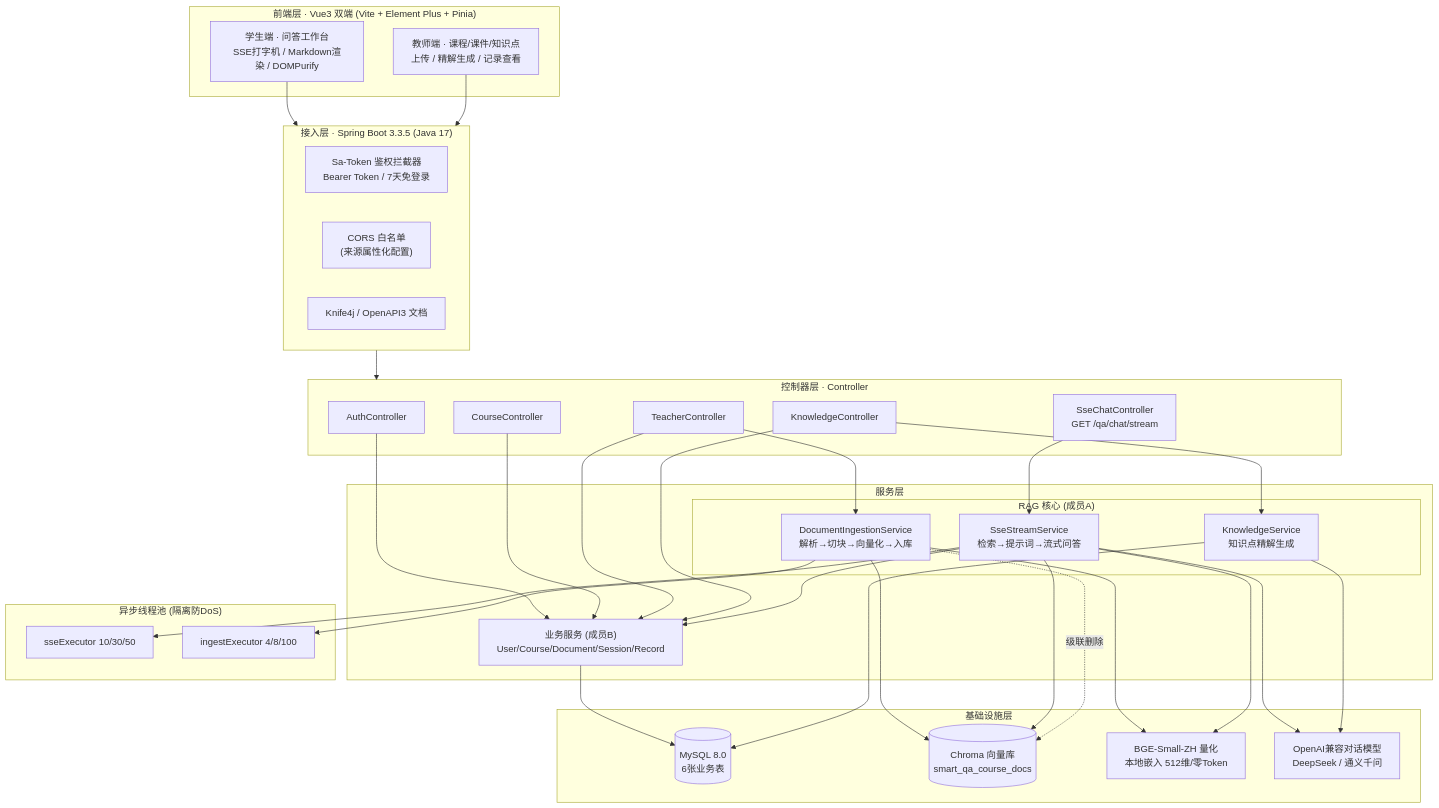
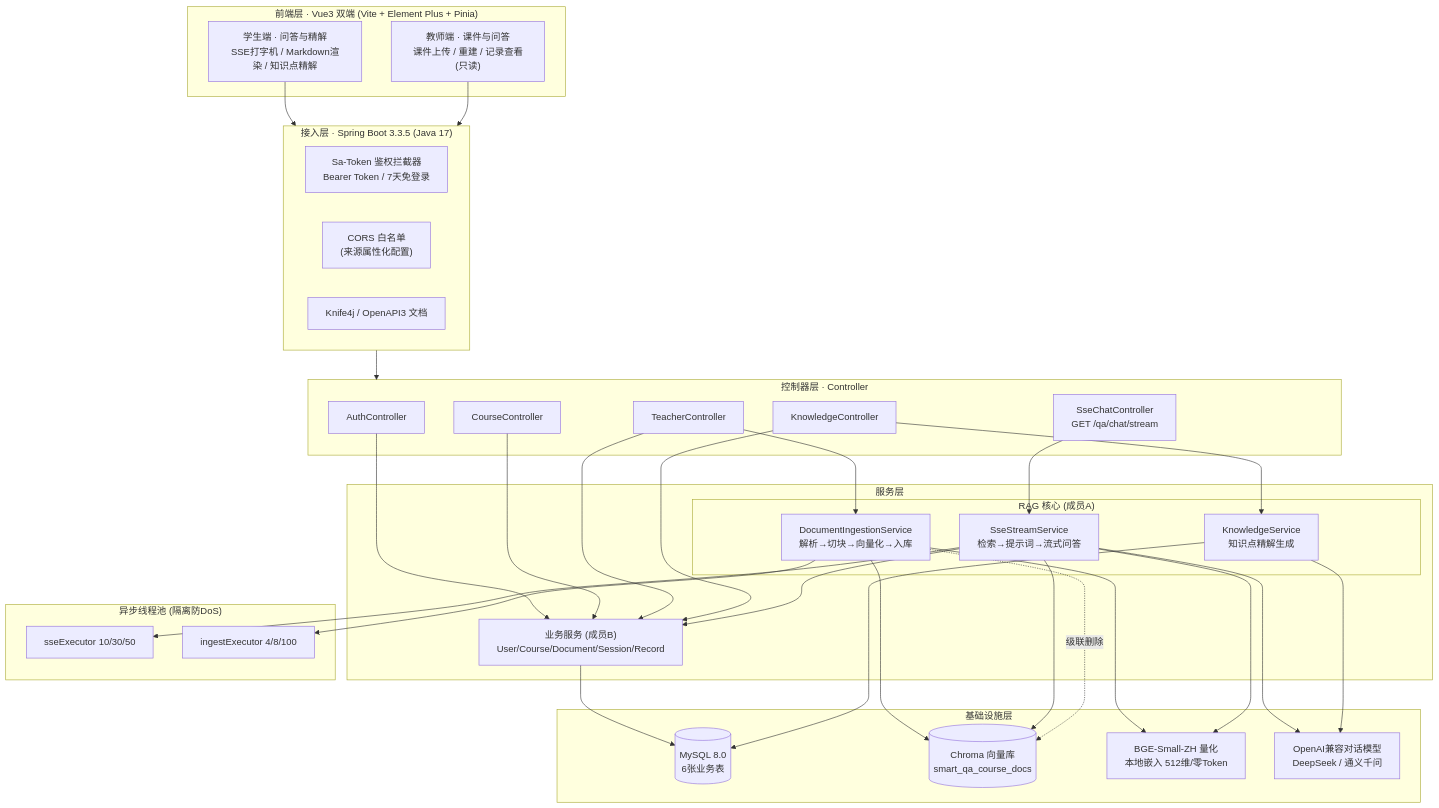
One commit to luiguouy/Online-Learning-Platform-with-Intelligent-Q-A-and-Tutoring changed the first of 4 diagrams in dev-docs/A3-架构图与技术选型说明.md. Above: the diagram before and after it, drawn with Mermaid. The commit also changed other lines of this file and 1 other file, not shown here.

Commit message:
docs: A3 架构图与角色职责同步 RAG 演进；新增 OPTIMIZATION_PLAN 演进方案

````diff
--- a/dev-docs/A3-架构图与技术选型说明.md
+++ b/dev-docs/A3-架构图与技术选型说明.md
@@ -25,62 +25,62 @@
 ```mermaid
 flowchart TB
     subgraph FE["前端层 · Vue3 双端 (Vite + Element Plus + Pinia)"]
-        STU["学生端 · 问答工作台<br/>SSE打字机 / Markdown渲染 / DOMPurify"]
-        TEA["教师端 · 课程/课件/知识点<br/>上传 / 精解生成 / 记录查看"]
+        STU["学生端 · 问答与精解<br/>SSE打字机 / Markdown渲染 / 知识点精解"]
+        TEA["教师端 · 课件与问答<br/>课件上传 / 重建 / 记录查看(只读)"]
     end
 
     subgraph GW["接入层 · Spring Boot 3.3.5 (Java 17)"]
         AUTH["Sa-Token 鉴权拦截器<br/>Bearer Token / 7天免登录"]
         CORS["CORS 白名单<br/>(来源属性化配置)"]
         DOC["Knife4j / OpenAPI3 文档"]
     end
 
     subgraph CTRL["控制器层 · Controller"]
         C1["AuthController"]
         C2["CourseController"]
         C3["SseChatController<br/>GET /qa/chat/stream"]
         C4["TeacherController"]
         C5["KnowledgeController"]
     end
 
     subgraph SVC["服务层"]
         BSVC["业务服务 (成员B)<br/>User/Course/Document/Session/Record"]
         subgraph RAG["RAG 核心 (成员A)"]
             ING["DocumentIngestionService<br/>解析→切块→向量化→入库"]
             SSE["SseStreamService<br/>检索→提示词→流式问答"]
             KN["KnowledgeService<br/>知识点精解生成"]
         end
     end
 
     subgraph POOL["异步线程池 (隔离防DoS)"]
         P1["sseExecutor 10/30/50"]
         P2["ingestExecutor 4/8/100"]
     end
 
     subgraph INFRA["基础设施层"]
         MYSQL[("MySQL 8.0<br/>6张业务表")]
         CHROMA[("Chroma 向量库<br/>smart_qa_course_docs")]
         BGE["BGE-Small-ZH 量化<br/>本地嵌入 512维/零Token"]
         LLM["OpenAI兼容对话模型<br/>DeepSeek / 通义千问"]
     end
 
     STU --> GW
     TEA --> GW
     GW --> CTRL
     C1 & C2 & C4 & C5 --> BSVC
     C3 --> SSE
     C4 --> ING
     C5 --> KN
     BSVC --> MYSQL
     ING --> P2
     SSE --> P1
     ING --> BGE
     ING --> CHROMA
     SSE --> BGE
     SSE --> CHROMA
     SSE --> LLM
     KN --> LLM
     KN --> MYSQL
     SSE --> BSVC
     ING -.级联删除.-> CHROMA
 ```
````
